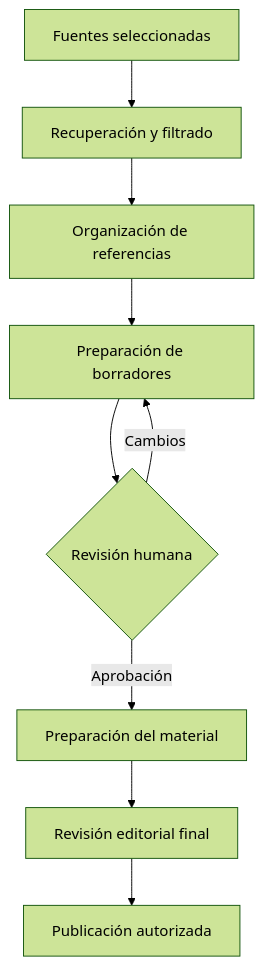
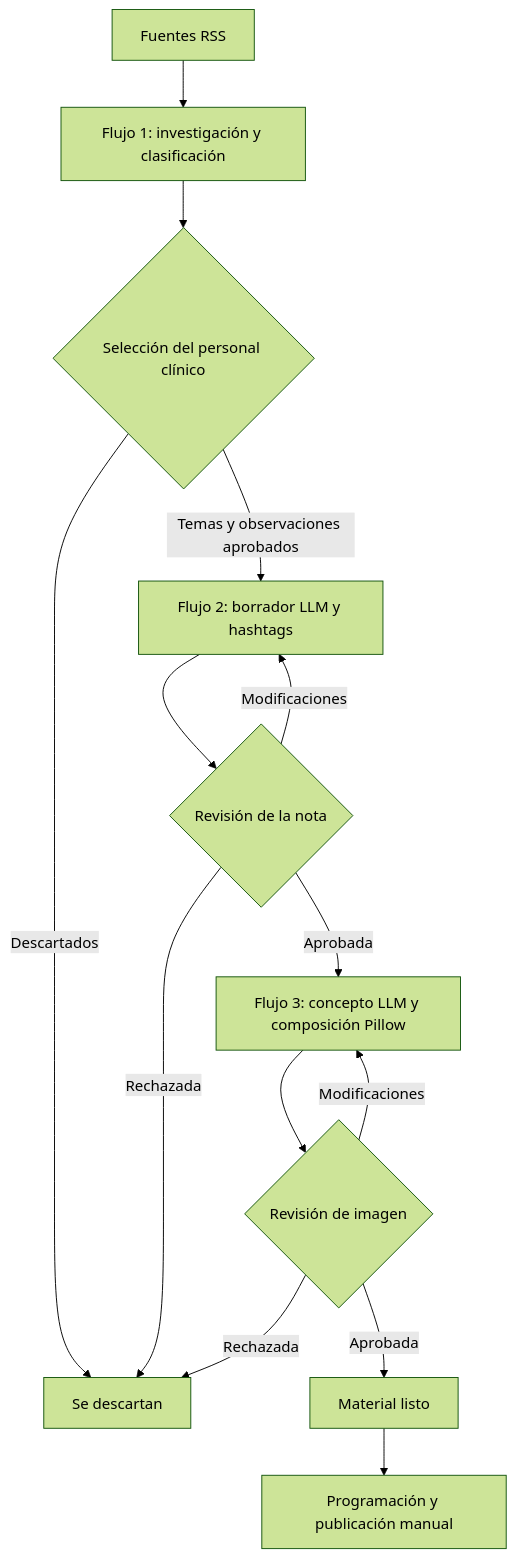
Before and after one commit to isaiassolis/healthcare-content-automation: the diagram in README.md, drawn with Mermaid (forest theme). The commit also changed other lines of this file, not shown here.

````diff
--- a/README.md
+++ b/README.md
@@ -47,11 +68,16 @@
 ```mermaid
 flowchart TD
-  A[Fuentes seleccionadas] --> B[Recuperación y filtrado]
-  B --> C[Organización de referencias]
-  C --> D[Preparación de borradores]
-  D --> E{Revisión humana}
-  E -->|Cambios| D
-  E -->|Aprobación| F[Preparación del material]
-  F --> G[Revisión editorial final]
-  G --> H[Publicación autorizada]
+    RSS[Fuentes RSS] --> F1[Flujo 1: investigación y clasificación]
+    F1 --> C1{Selección del personal clínico}
+    C1 -->|Temas y observaciones aprobados| F2[Flujo 2: borrador LLM y hashtags]
+    C1 -->|Descartados| X[Se descartan]
+    F2 --> C2{Revisión de la nota}
+    C2 -->|Modificaciones| F2
+    C2 -->|Aprobada| F3[Flujo 3: concepto LLM y composición Pillow]
+    C2 -->|Rechazada| X
+    F3 --> C3{Revisión de imagen}
+    C3 -->|Modificaciones| F3
+    C3 -->|Rechazada| X
+    C3 -->|Aprobada| M[Material listo]
+    M --> P[Programación y publicación manual]
 ```
````
